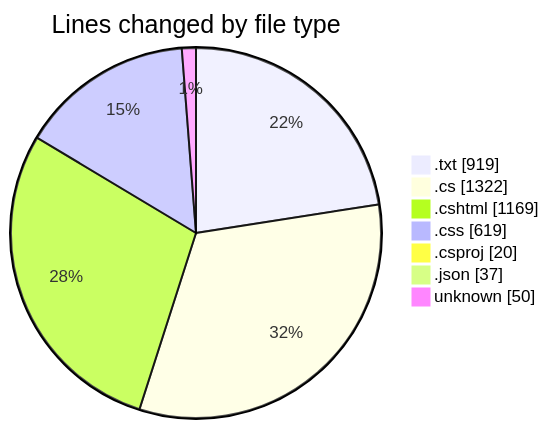
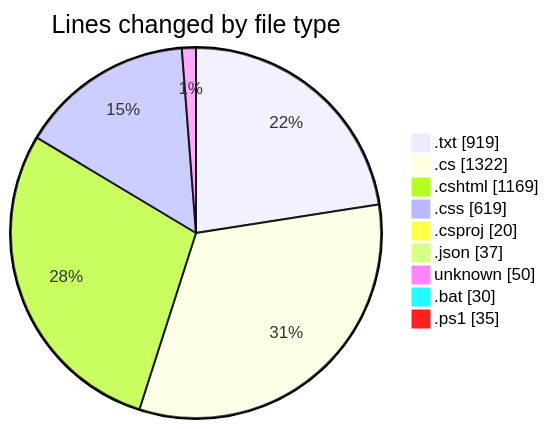
Before and after one commit to lephambinh05/code-tracking: the first of 2 diagrams in 2025-07-26/quanlyrapchieuphim-1/README.md, drawn with Mermaid. The commit also changed other lines of this file and 1 other file, not shown here.

````diff
--- a/2025-07-26/quanlyrapchieuphim-1/README.md
+++ b/2025-07-26/quanlyrapchieuphim-1/README.md
@@ -34,11 +36,13 @@
 ```mermaid
 pie showData
 title Lines changed by file type
 ".txt" : 919
 ".cs" : 1322
 ".cshtml" : 1169
 ".css" : 619
 ".csproj" : 20
 ".json" : 37
 "unknown" : 50
+".bat" : 30
+".ps1" : 35
 ```
````
